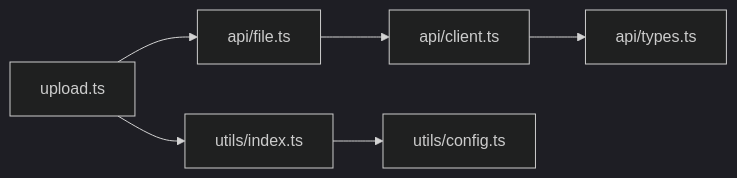
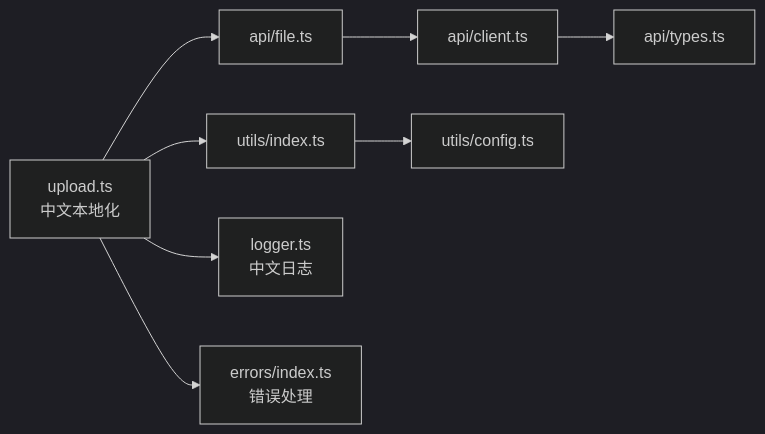
The fifth of 5 diagrams in .qoder/repowiki/en/content/Command Reference/Upload Command.md (yuexiaoliang/baiduwangpan-manager), drawn with Mermaid (dark theme) before and after one commit. The commit also changed other lines of this file and 30 other files, not shown here.

````diff
--- a/.qoder/repowiki/en/content/Command Reference/Upload Command.md
+++ b/.qoder/repowiki/en/content/Command Reference/Upload Command.md
@@ -300,8 +356,10 @@
 ```mermaid
 graph LR
-U["upload.ts"] --> F["api/file.ts"]
+U["upload.ts<br/>中文本地化"] --> F["api/file.ts"]
 U --> UT["utils/index.ts"]
+U --> LOG["logger.ts<br/>中文日志"]
+U --> ERR["errors/index.ts<br/>错误处理"]
 F --> C["api/client.ts"]
 C --> T["api/types.ts"]
 UT --> CFG["utils/config.ts"]
 ```
````
